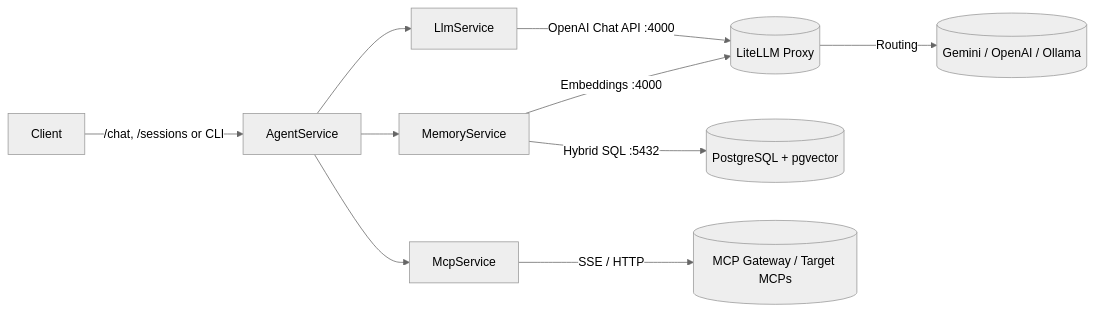
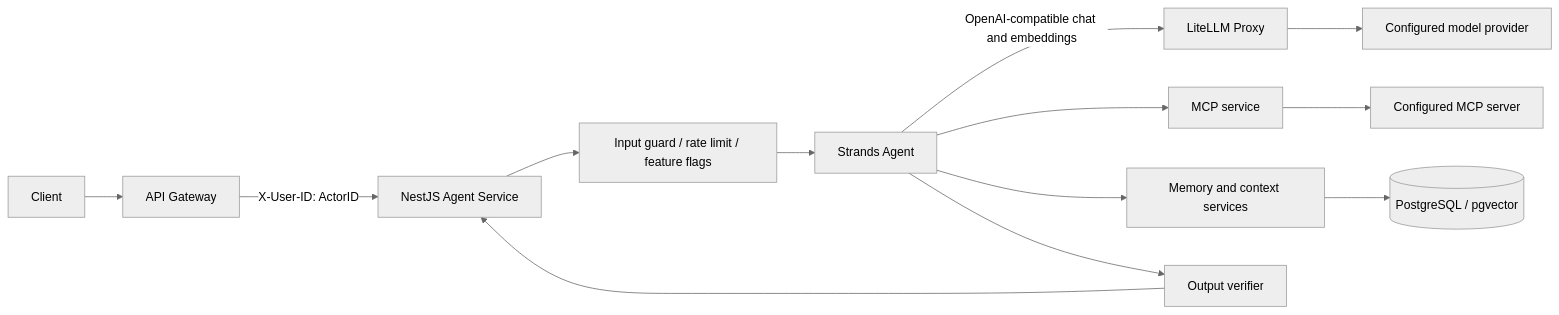
The diagram in README.md (shopnexus/agent), drawn with Mermaid (neutral theme) before and after one commit. The commit also changed other lines of this file, not shown here.

````diff
--- a/README.md
+++ b/README.md
@@ -35,15 +9,15 @@
 ```mermaid
 flowchart LR
-  Client -->|/chat, /sessions or CLI| Agent[AgentService]
-  Agent --> Llm[LlmService]
-  Agent --> Mem[MemoryService]
-  Agent --> Mcp[McpService]
-
-  Llm -->|OpenAI Chat API :4000| LiteLLM[(LiteLLM Proxy)]
-  LiteLLM -->|Routing| Models[(Gemini / OpenAI / Ollama)]
-
-  Mem -->|Embeddings :4000| LiteLLM
-  Mem -->|Hybrid SQL :5432| Postgres[(PostgreSQL + pgvector)]
-
-  Mcp -->|SSE / HTTP| Gateway[(MCP Gateway / Target MCPs)]
+  Client --> Gateway[API Gateway]
+  Gateway -->|X-User-ID: ActorID| API[NestJS Agent Service]
+  API --> Guard[Input guard / rate limit / feature flags]
+  Guard --> Agent[Strands Agent]
+  Agent -->|OpenAI-compatible chat and embeddings| LiteLLM[LiteLLM Proxy]
+  LiteLLM --> Provider[Configured model provider]
+  Agent --> MCP[MCP service]
+  MCP --> MCPServer[Configured MCP server]
+  Agent --> Memory[Memory and context services]
+  Memory --> DB[(PostgreSQL / pgvector)]
+  Agent --> Verify[Output verifier]
+  Verify --> API
 ```
````
